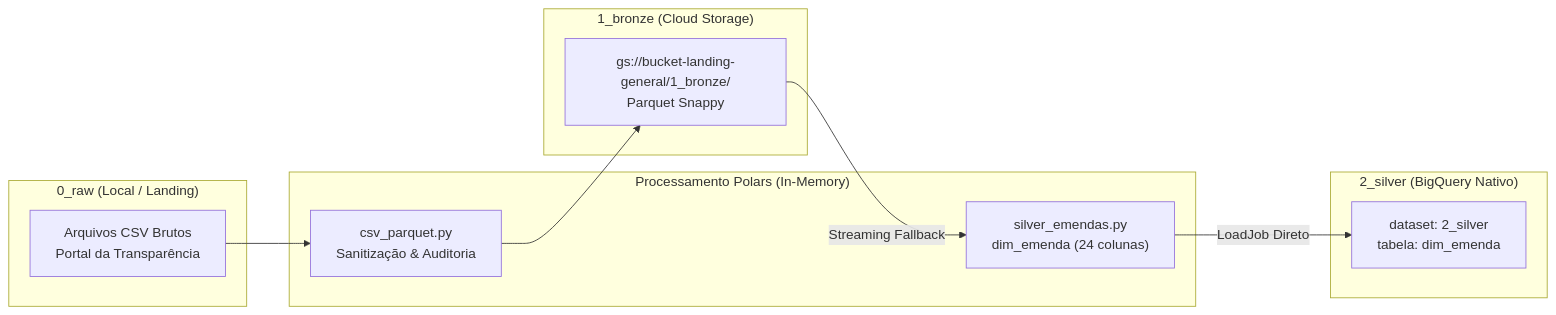
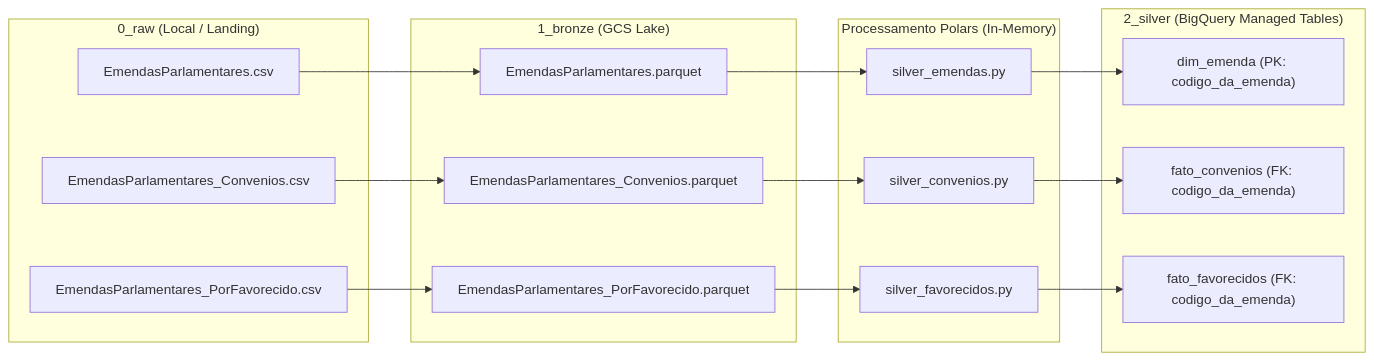
Before and after one commit to OGgbarbosa/etl-emendas-parlamentares-brasil-gcp: the diagram in README.md, drawn with Mermaid. The commit also changed other lines of this file, not shown here.

Commit message:
docs: atualizar readme com arquitetura star schema e modulos da camada silver

````diff
--- a/README.md
+++ b/README.md
@@ -24,24 +27,34 @@
 ```mermaid
 flowchart LR
     subgraph RawZone ["0_raw (Local / Landing)"]
-        CSV["Arquivos CSV Brutos<br/>Portal da Transparência"]
+        CSV_E["EmendasParlamentares.csv"]
+        CSV_C["EmendasParlamentares_Convenios.csv"]
+        CSV_F["EmendasParlamentares_PorFavorecido.csv"]
+    end
+
+    subgraph BronzeZone ["1_bronze (GCS Lake)"]
+        B_E["EmendasParlamentares.parquet"]
+        B_C["EmendasParlamentares_Convenios.parquet"]
+        B_F["EmendasParlamentares_PorFavorecido.parquet"]
     end
 
     subgraph Processing ["Processamento Polars (In-Memory)"]
-        RawProc["csv_parquet.py<br/>Sanitização & Auditoria"]
-        SilverProc["silver_emendas.py<br/>dim_emenda (24 colunas)"]
+        Proc_E["silver_emendas.py"]
+        Proc_C["silver_convenios.py"]
+        Proc_F["silver_favorecidos.py"]
     end
 
-    subgraph StorageLake ["1_bronze (Cloud Storage)"]
-        GCS["gs://bucket-landing-general/1_bronze/<br/>Parquet Snappy"]
+    subgraph DWH ["2_silver (BigQuery Managed Tables)"]
+        S_DIM["dim_emenda (PK: codigo_da_emenda)"]
+        S_CONV["fato_convenios (FK: codigo_da_emenda)"]
+        S_FAV["fato_favorecidos (FK: codigo_da_emenda)"]
     end
 
-    subgraph DWH ["2_silver (BigQuery Nativo)"]
-        BQSilver["dataset: 2_silver<br/>tabela: dim_emenda"]
-    end
+    CSV_E --> B_E
+    CSV_C --> B_C
+    CSV_F --> B_F
 
-    CSV --> RawProc
-    RawProc --> GCS
-    GCS -->|"Streaming Fallback"| SilverProc
-    SilverProc -->|"LoadJob Direto"| BQSilver
+    B_E --> Proc_E --> S_DIM
+    B_C --> Proc_C --> S_CONV
+    B_F --> Proc_F --> S_FAV
 ```
````
